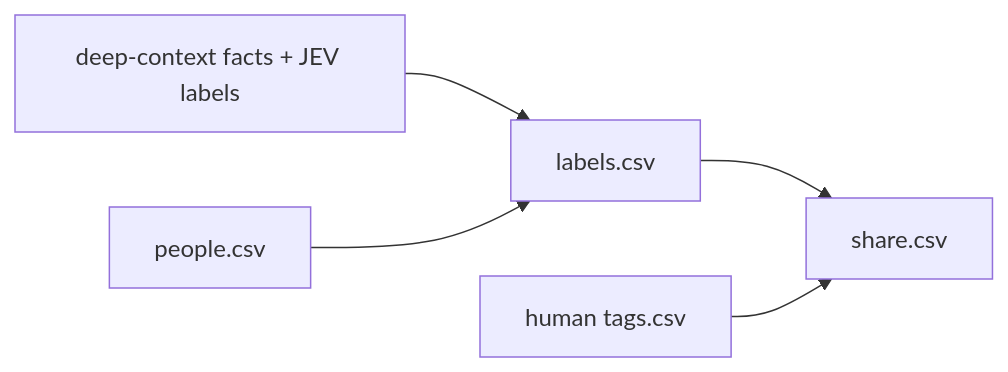
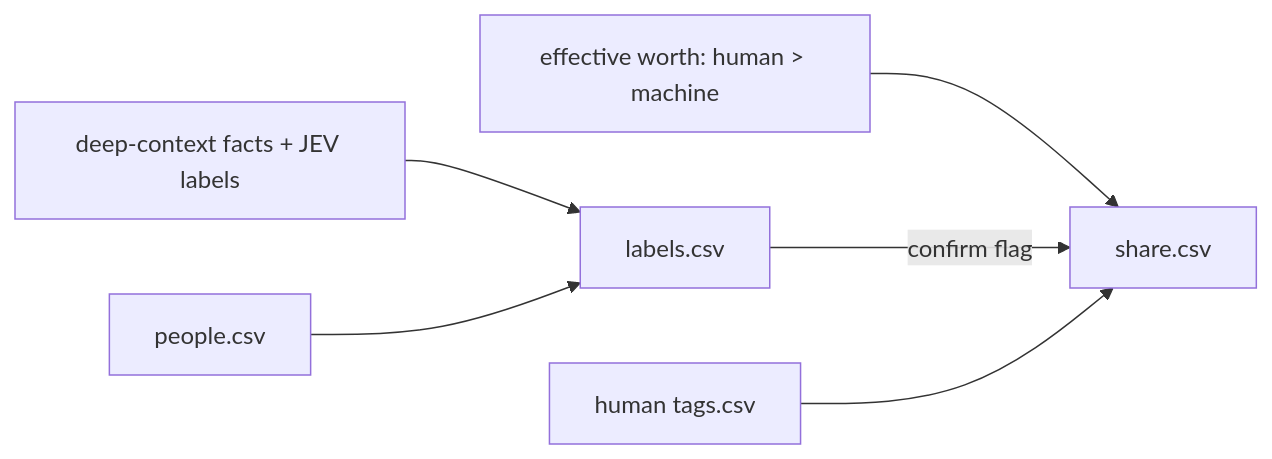
Before and after one commit to powerset-co/powerpacks: the diagram in packs/ingestion/primitives/share/README.md, drawn with Mermaid. The commit also changed other lines of this file and 18 other files, not shown here.

First line of the commit message:
feat(share): share follows worth; labels only flag a confirm subset

````diff
--- a/packs/ingestion/primitives/share/README.md
+++ b/packs/ingestion/primitives/share/README.md
@@ -6,7 +6,8 @@
 ```mermaid
 flowchart LR
   F[deep-context facts + JEV labels] --> L[labels.csv]
   P[people.csv] --> L
-  L --> S[share.csv]
+  W[effective worth: human > machine] --> S[share.csv]
+  L -->|confirm flag| S
   T[human tags.csv] --> S
 ```
````
